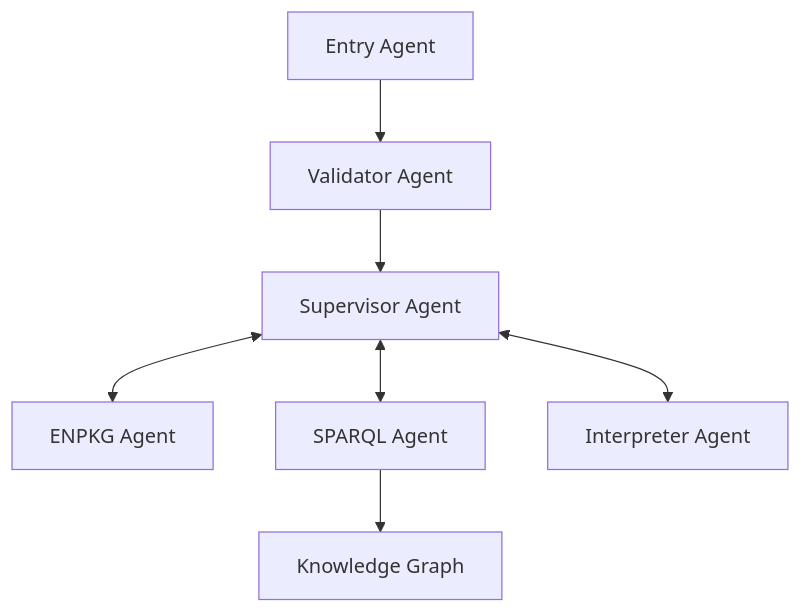
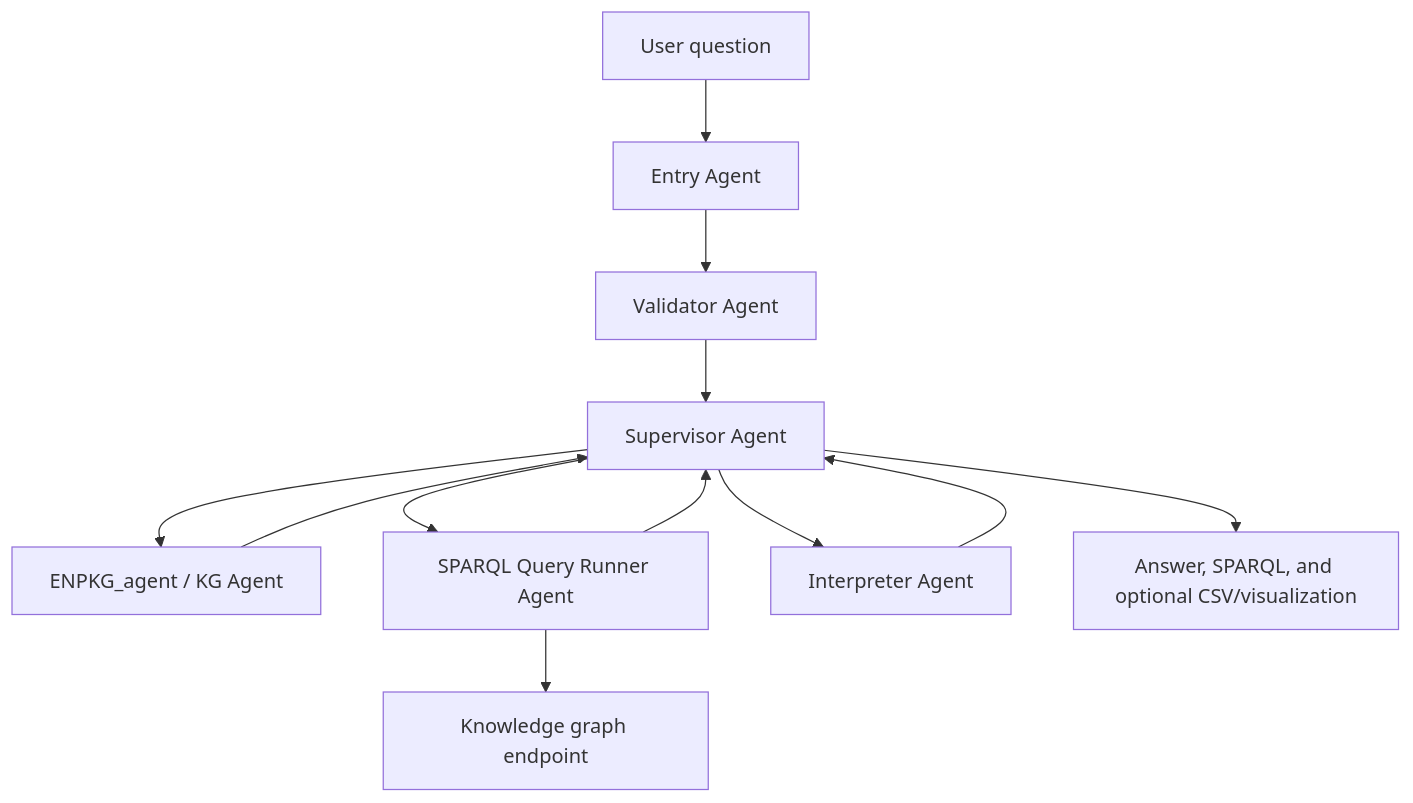
One commit to HolobiomicsLab/MetaboT changed the diagram in docs/index.md. Above: the diagram before and after it, drawn with Mermaid. The commit also changed other lines of this file and 10 other files, not shown here.

````diff
--- a/docs/index.md
+++ b/docs/index.md
@@ -50,12 +60,14 @@
 ```mermaid
 graph TD
-    A[Entry Agent] --> B[Validator Agent]
-    B --> C[Supervisor Agent]
-    C <--> D[ENPKG Agent]
-    C <--> E[SPARQL Agent]
-    C <--> F[Interpreter Agent]
-   
-    E --> G[Knowledge Graph]
-    
-   
+    A[User question] --> B[Entry Agent]
+    B --> C[Validator Agent]
+    C --> D[Supervisor Agent]
+    D --> E[ENPKG_agent / KG Agent]
+    D --> F[SPARQL Query Runner Agent]
+    F --> G[Knowledge graph endpoint]
+    D --> H[Interpreter Agent]
+    E --> D
+    F --> D
+    H --> D
+    D --> I[Answer, SPARQL, and optional CSV/visualization]
 ```
````
